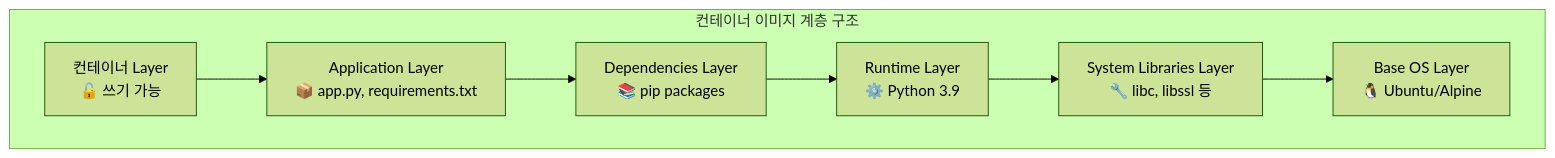
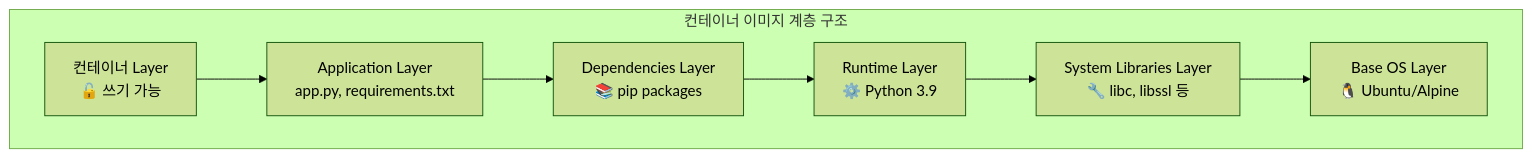
Diagram 29 of 41 in docs/cicd/week1-image-build.md (juwon8891/juwon8891.github.io), drawn with Mermaid (forest theme) before and after one commit. The commit also changed other lines of this file and 3 other files, not shown here.

````diff
--- a/docs/cicd/week1-image-build.md
+++ b/docs/cicd/week1-image-build.md
@@ -1905,19 +1905,19 @@
 ```mermaid
 graph TB
     subgraph "컨테이너 이미지 계층 구조"
         WRITABLE[컨테이너 Layer<br/>🔓 쓰기 가능]
-        APP[Application Layer<br/>📦 app.py, requirements.txt]
+        APP[Application Layer<br/>app.py, requirements.txt]
         DEPS[Dependencies Layer<br/>📚 pip packages]
         RUNTIME[Runtime Layer<br/>⚙️ Python 3.9]
         LIBS[System Libraries Layer<br/>🔧 libc, libssl 등]
         BASE[Base OS Layer<br/>🐧 Ubuntu/Alpine]
 
         WRITABLE --> APP
         APP --> DEPS
         DEPS --> RUNTIME
         RUNTIME --> LIBS
         LIBS --> BASE
 
     end
 
 ```
````
